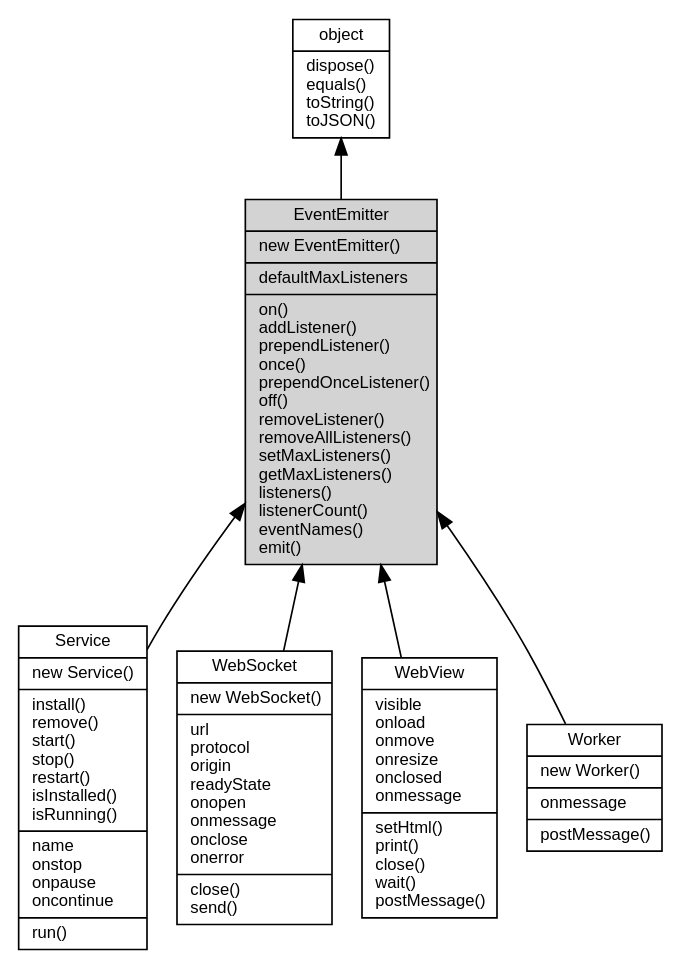
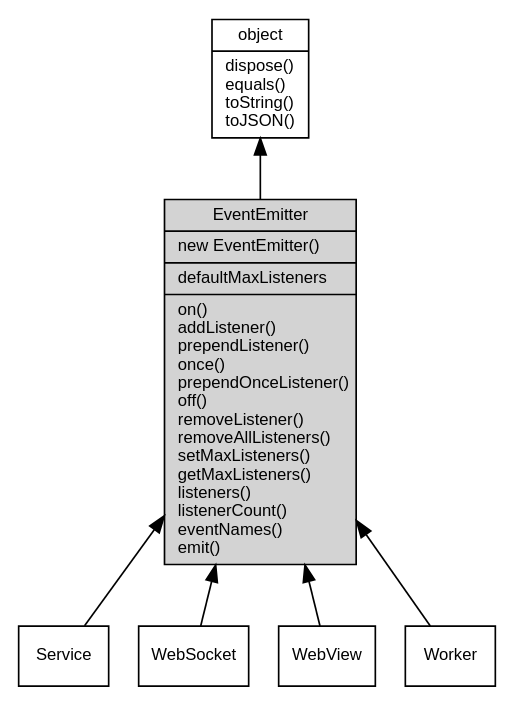
The diagram in docs/manual/object/ifs/EventEmitter.md (fibjs/fibjs.org), drawn with Graphviz before and after one commit. The commit also changed 289 other files, not shown here.

````diff
--- a/docs/manual/object/ifs/EventEmitter.md
+++ b/docs/manual/object/ifs/EventEmitter.md
@@ -13,18 +13,18 @@
 ```dot
 digraph {
     node [fontname="Helvetica,sans-Serif", fontsize=10, shape="record", style="filled", fillcolor="white"];
 
     object [tooltip="object", URL="object.md", label="{object|dispose()\lequals()\ltoString()\ltoJSON()\l}"];
-    EventEmitter [tooltip="EventEmitter", fillcolor="lightgray", label="{EventEmitter|new EventEmitter()\l|defaultMaxListeners\l|on()\laddListener()\lprependListener()\lonce()\lprependOnceListener()\loff()\lremoveListener()\lremoveAllListeners()\lsetMaxListeners()\lgetMaxListeners()\llisteners()\llistenerCount()\leventNames()\lemit()\l}"];
-    Service [tooltip="Service", URL="Service.md", label="{Service|new Service()\l|install()\lremove()\lstart()\lstop()\lrestart()\lisInstalled()\lisRunning()\l|name\lonstop\lonpause\loncontinue\l|run()\l}"];
-    WebSocket [tooltip="WebSocket", URL="WebSocket.md", label="{WebSocket|new WebSocket()\l|url\lprotocol\lorigin\lreadyState\lonopen\lonmessage\lonclose\lonerror\l|close()\lsend()\l}"];
-    WebView [tooltip="WebView", URL="WebView.md", label="{WebView|visible\lonload\lonmove\lonresize\lonclosed\lonmessage\l|setHtml()\lprint()\lclose()\lwait()\lpostMessage()\l}"];
-    Worker [tooltip="Worker", URL="Worker.md", label="{Worker|new Worker()\l|onmessage\l|postMessage()\l}"];
+    EventEmitter [tooltip="EventEmitter", fillcolor="lightgray", id="me", label="{EventEmitter|new EventEmitter()\l|defaultMaxListeners\l|on()\laddListener()\lprependListener()\lonce()\lprependOnceListener()\loff()\lremoveListener()\lremoveAllListeners()\lsetMaxListeners()\lgetMaxListeners()\llisteners()\llistenerCount()\leventNames()\lemit()\l}"];
+    Service [tooltip="Service", URL="Service.md", label="{Service}"];
+    WebSocket [tooltip="WebSocket", URL="WebSocket.md", label="{WebSocket}"];
+    WebView [tooltip="WebView", URL="WebView.md", label="{WebView}"];
+    Worker [tooltip="Worker", URL="Worker.md", label="{Worker}"];
 
     object -> EventEmitter [dir=back];
     EventEmitter -> Service [dir=back];
     EventEmitter -> WebSocket [dir=back];
     EventEmitter -> WebView [dir=back];
     EventEmitter -> Worker [dir=back];
 }
 ```
````
